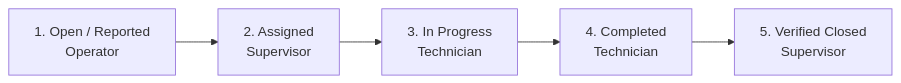
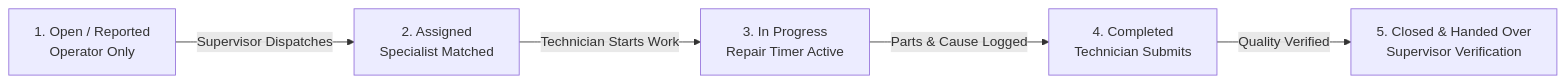
The second of 2 diagrams in README.md (mahmoudshahin1/CMMS-Cable), drawn with Mermaid before and after one commit. The commit also changed other lines of this file and 50 other files, not shown here.

````diff
--- a/README.md
+++ b/README.md
@@ -47,7 +79,7 @@
 ```mermaid
 graph LR
-    A[1. Open / Reported\nOperator] --> B[2. Assigned\nSupervisor]
-    B --> C[3. In Progress\nTechnician]
-    C --> D[4. Completed\nTechnician]
-    D --> E[5. Verified Closed\nSupervisor]
+    A[1. Open / Reported<br/>Operator Only] -->|Supervisor Dispatches| B[2. Assigned<br/>Specialist Matched]
+    B -->|Technician Starts Work| C[3. In Progress<br/>Repair Timer Active]
+    C -->|Parts & Cause Logged| D[4. Completed<br/>Technician Submits]
+    D -->|Quality Verified| E[5. Closed & Handed Over<br/>Supervisor Verification]
 ```
````
